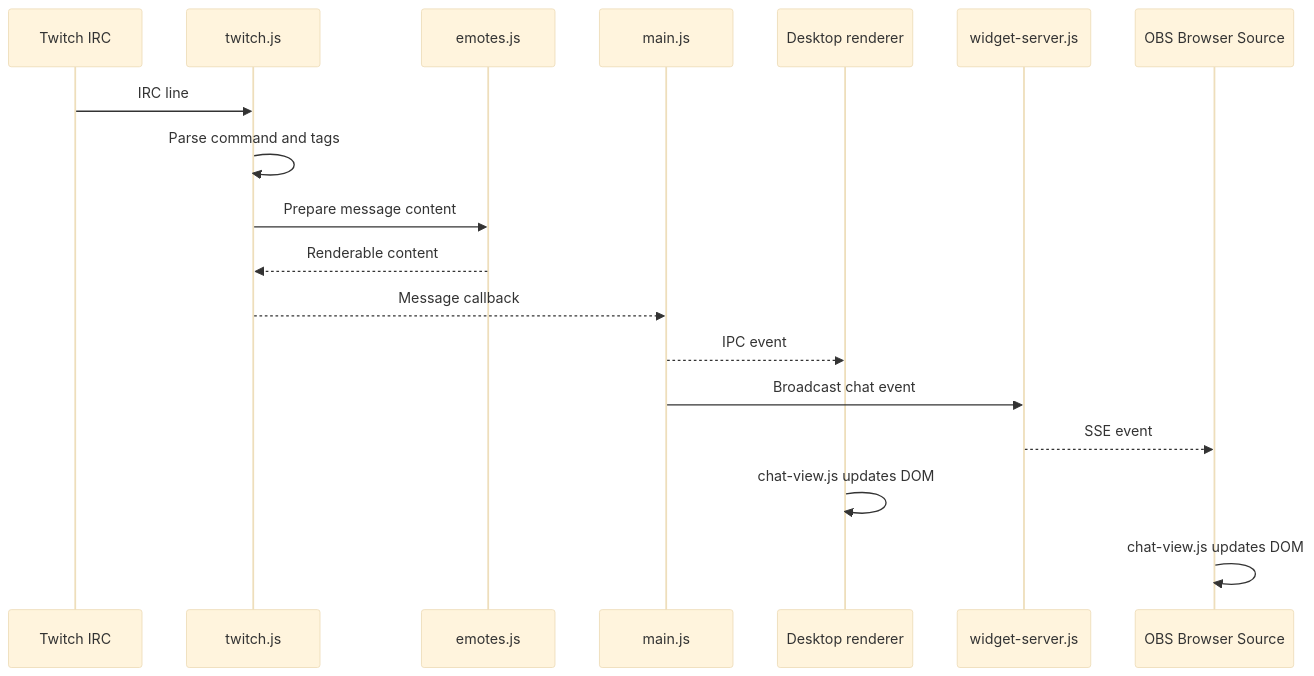
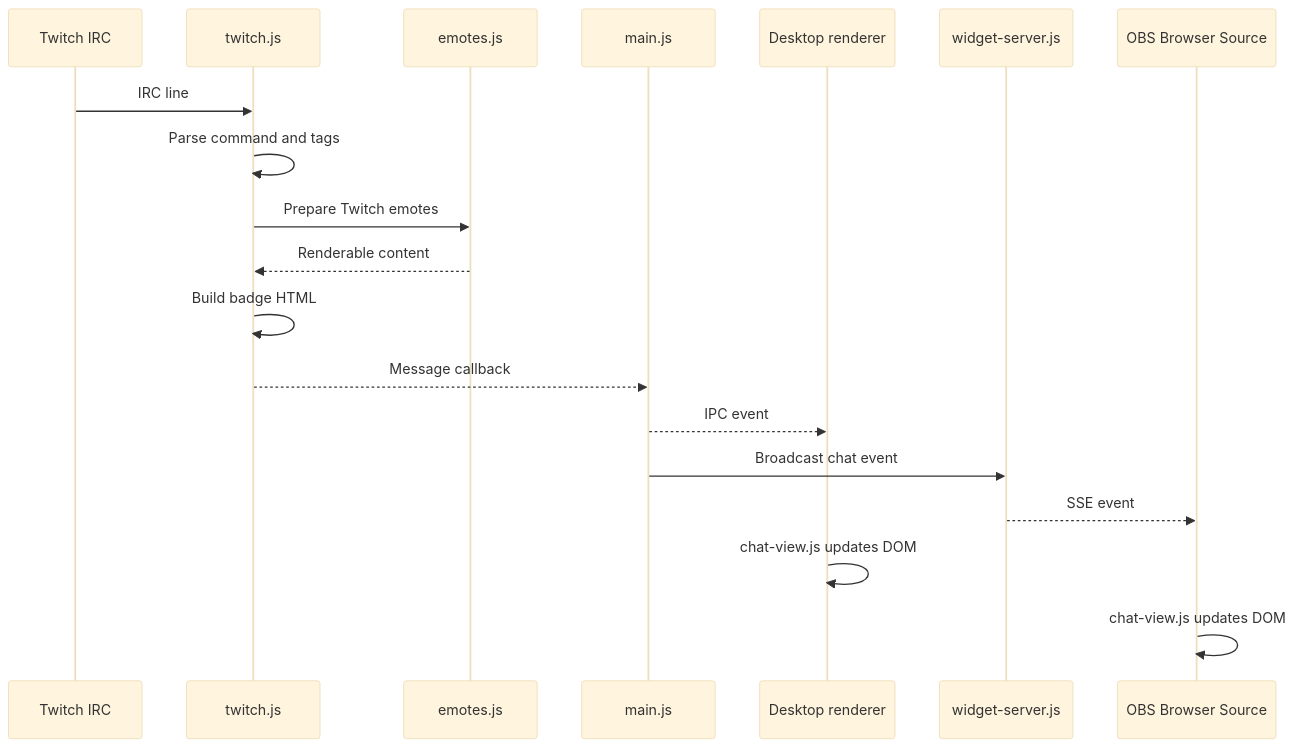
One commit to BuXaLo/TwitchTransparentChat changed the second of 2 diagrams in ARCHITECTURE.md. Above: the diagram before and after it, drawn with Mermaid (base theme). The commit also changed other lines of this file, not shown here.

Commit message:
docs: correct architecture responsibilities

````diff
--- a/ARCHITECTURE.md
+++ b/ARCHITECTURE.md
@@ -92,21 +92,22 @@
 ```mermaid
 sequenceDiagram
     participant IRC as Twitch IRC
     participant T as twitch.js
     participant E as emotes.js
     participant M as main.js
     participant D as Desktop renderer
     participant S as widget-server.js
     participant B as OBS Browser Source
 
     IRC->>T: IRC line
     T->>T: Parse command and tags
-    T->>E: Prepare message content
+    T->>E: Prepare Twitch emotes
     E-->>T: Renderable content
+    T->>T: Build badge HTML
     T-->>M: Message callback
     M-->>D: IPC event
     M->>S: Broadcast chat event
     S-->>B: SSE event
     D->>D: chat-view.js updates DOM
     B->>B: chat-view.js updates DOM
 ```
````
